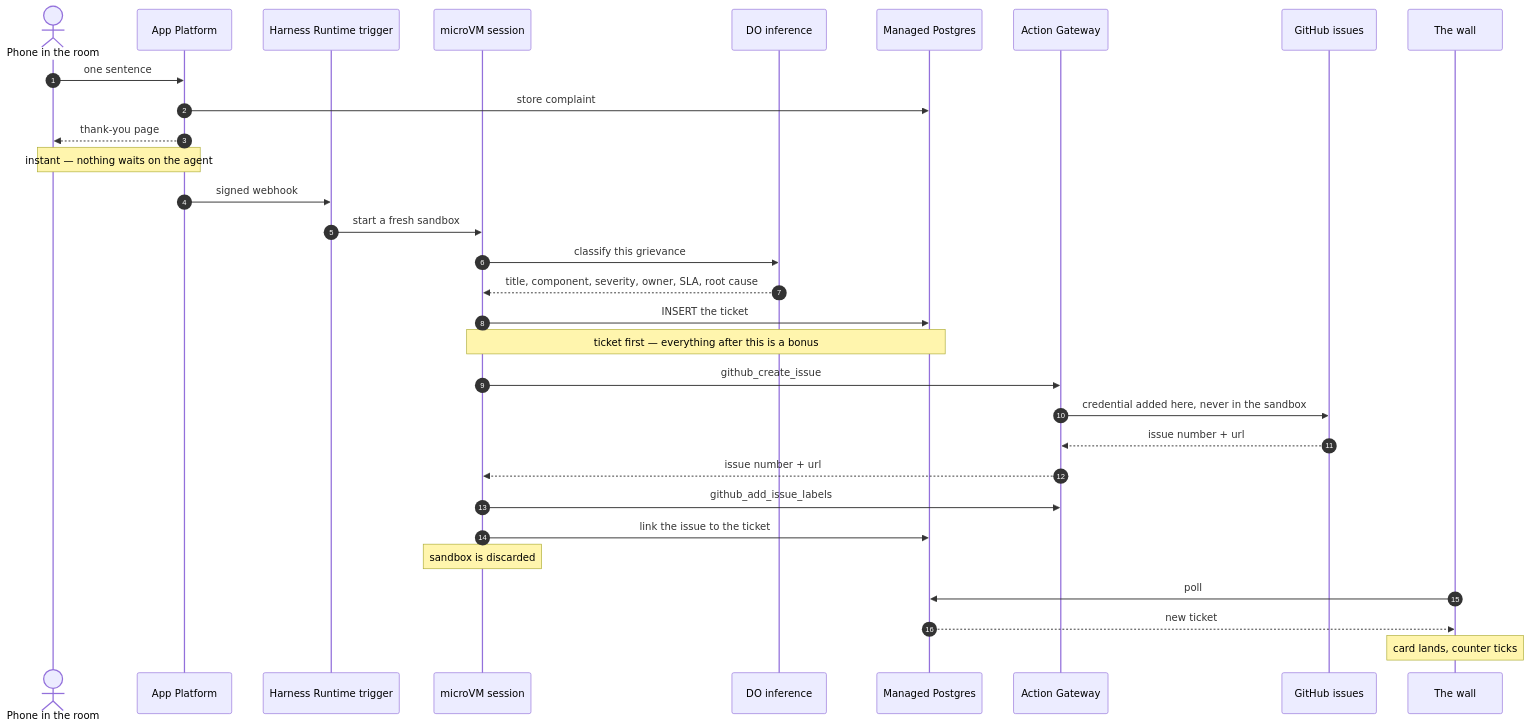
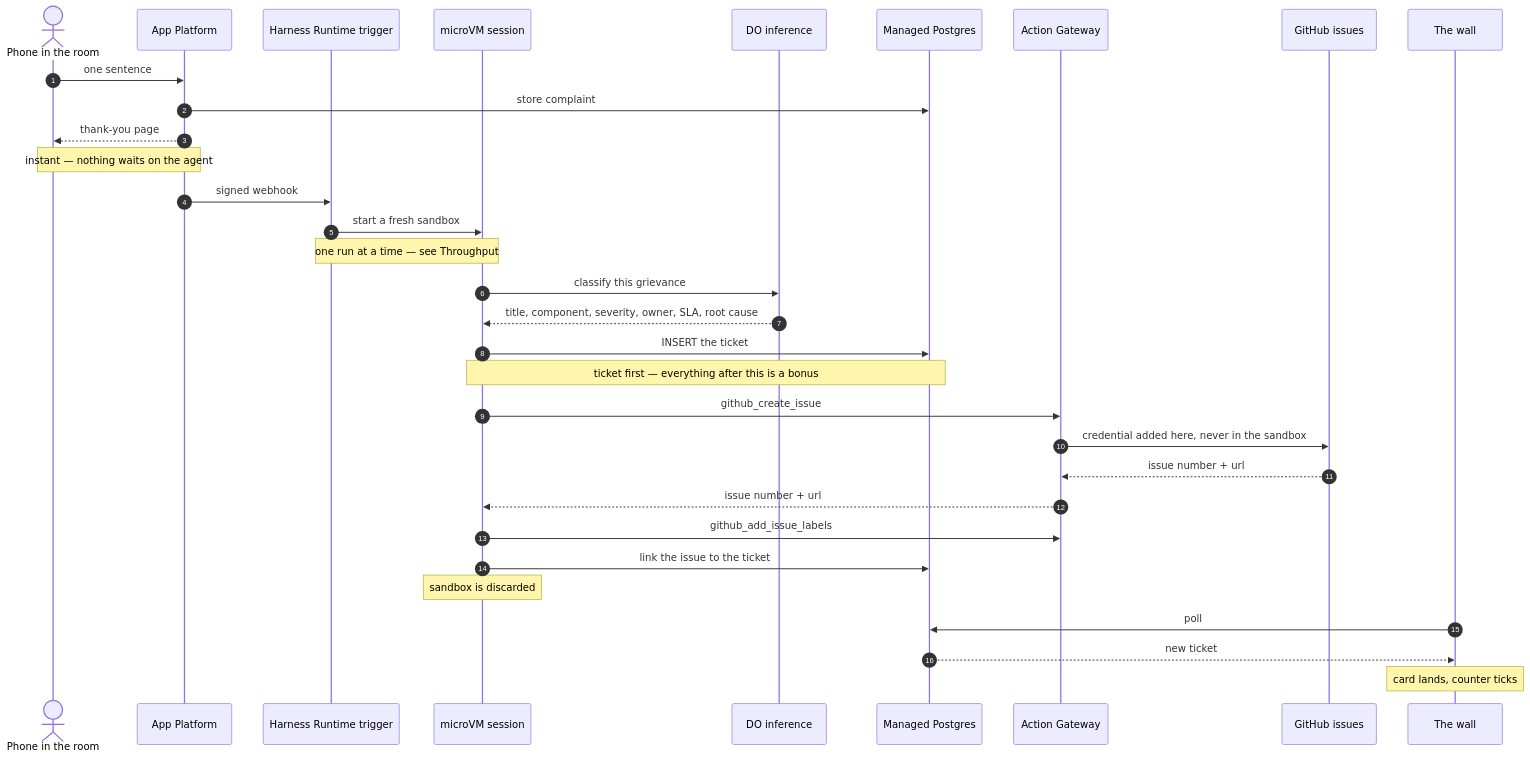
Before and after one commit to hgonzalez-do/facility_issue_demo: the first of 3 diagrams in README.md, drawn with Mermaid. The commit also changed other lines of this file, not shown here.

````diff
--- a/README.md
+++ b/README.md
@@ -23,37 +23,39 @@
 ```mermaid
 sequenceDiagram
     autonumber
     actor Guest as Phone in the room
     participant App as App Platform
     participant Trig as Harness Runtime trigger
     participant VM as microVM session
     participant Inf as DO inference
     participant PG as Managed Postgres
     participant AG as Action Gateway
     participant GH as GitHub issues
     participant Wall as The wall
 
     Guest->>App: one sentence
     App->>PG: store complaint
     App-->>Guest: thank-you page
     Note over App,Guest: instant — nothing waits on the agent
 
     App->>Trig: signed webhook
     Trig->>VM: start a fresh sandbox
+    Note over Trig,VM: one run at a time — see Throughput
+
     VM->>Inf: classify this grievance
     Inf-->>VM: title, component, severity, owner, SLA, root cause
     VM->>PG: INSERT the ticket
     Note over VM,PG: ticket first — everything after this is a bonus
 
     VM->>AG: github_create_issue
     AG->>GH: credential added here, never in the sandbox
     GH-->>AG: issue number + url
     AG-->>VM: issue number + url
     VM->>AG: github_add_issue_labels
     VM->>PG: link the issue to the ticket
     Note over VM: sandbox is discarded
 
     Wall->>PG: poll
     PG-->>Wall: new ticket
     Note over Wall: card lands, counter ticks
 ```
````
